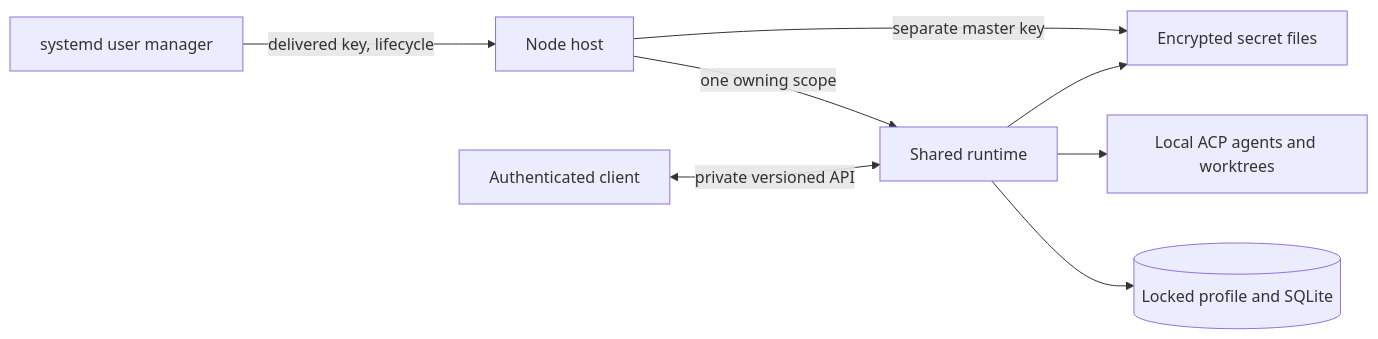
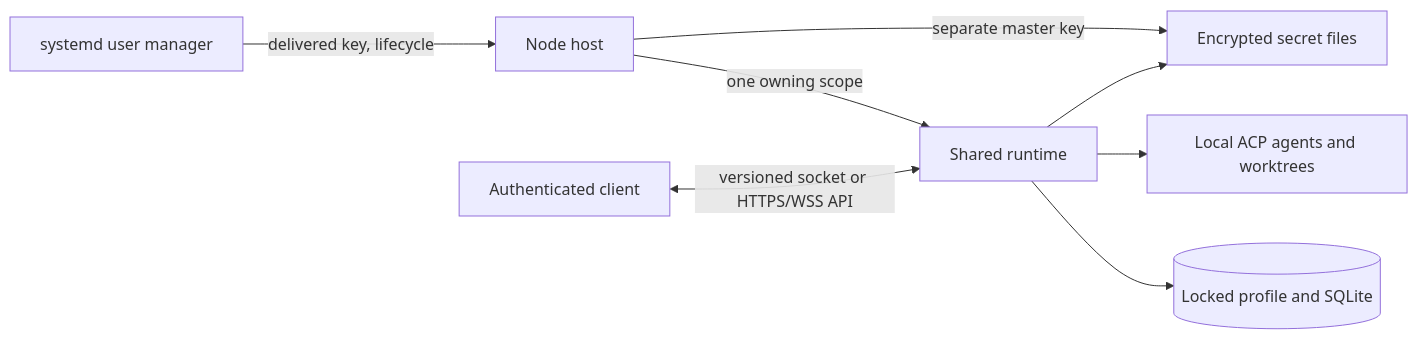
The first of 2 diagrams in apps/host/ARCHITECTURE.md (AltharIDE/althar), drawn with Mermaid before and after one commit. The commit also changed other lines of this file and 64 other files, not shown here.

````diff
--- a/apps/host/ARCHITECTURE.md
+++ b/apps/host/ARCHITECTURE.md
@@ -9,10 +9,10 @@
 ```mermaid
 flowchart LR
   systemd[systemd user manager] -->|delivered key, lifecycle| Host[Node host]
   Host -->|one owning scope| Runtime[Shared runtime]
   Runtime --> DB[(Locked profile and SQLite)]
   Runtime --> Agents[Local ACP agents and worktrees]
-  Client[Authenticated client] <-->|private versioned API| Runtime
+  Client[Authenticated client] <-->|versioned socket or HTTPS/WSS API| Runtime
   Runtime --> Vault[Encrypted secret files]
   Host -->|separate master key| Vault
 ```
````
